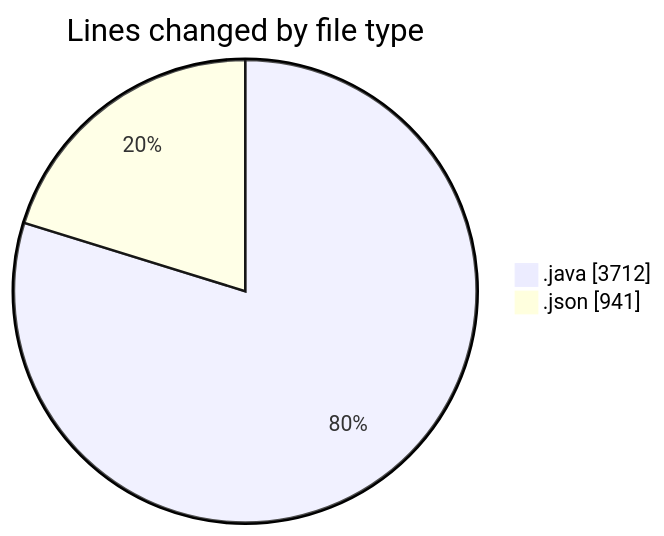
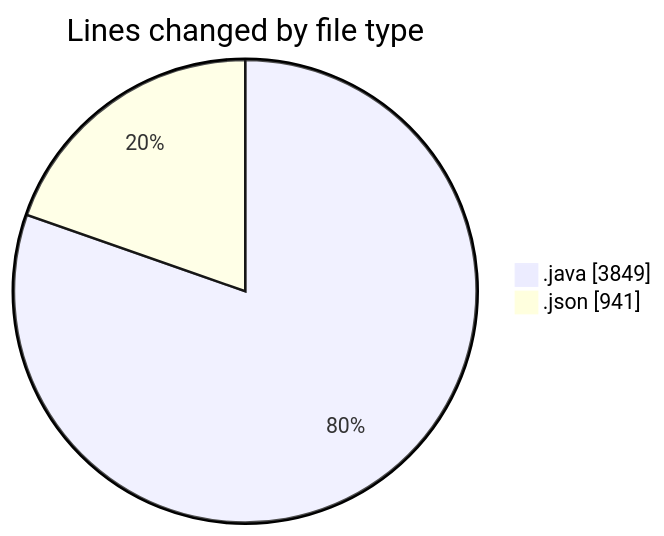
Before and after one commit to ricardozamudiocil/code-tracking: the first of 2 diagrams in 2026-04-28/cilapp/README.md, drawn with Mermaid. The commit also changed other lines of this file and 1 other file, not shown here.

````diff
--- a/2026-04-28/cilapp/README.md
+++ b/2026-04-28/cilapp/README.md
@@ -24,6 +25,6 @@
 ```mermaid
 pie showData
 title Lines changed by file type
-".java" : 3712
+".java" : 3849
 ".json" : 941
 ```
````
